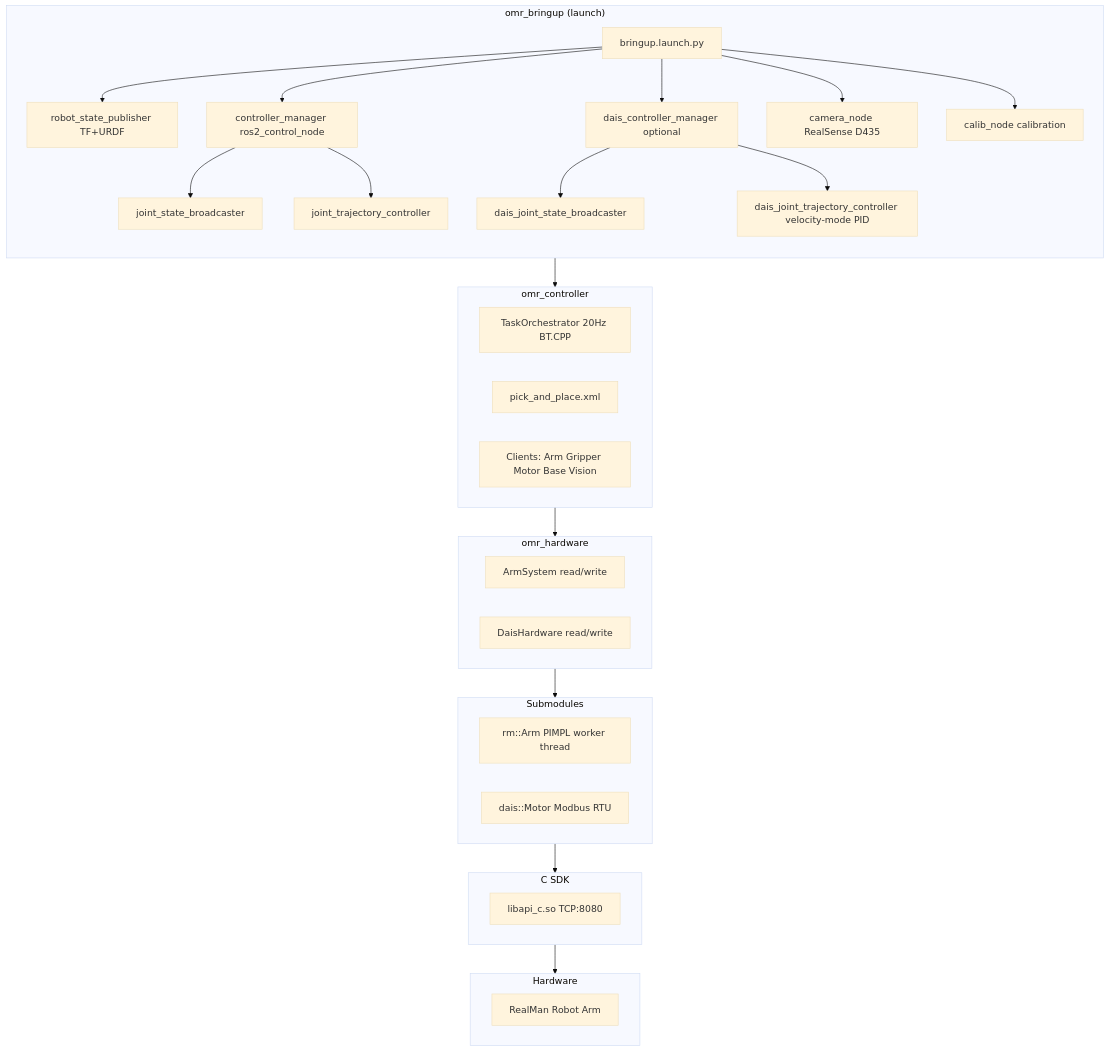
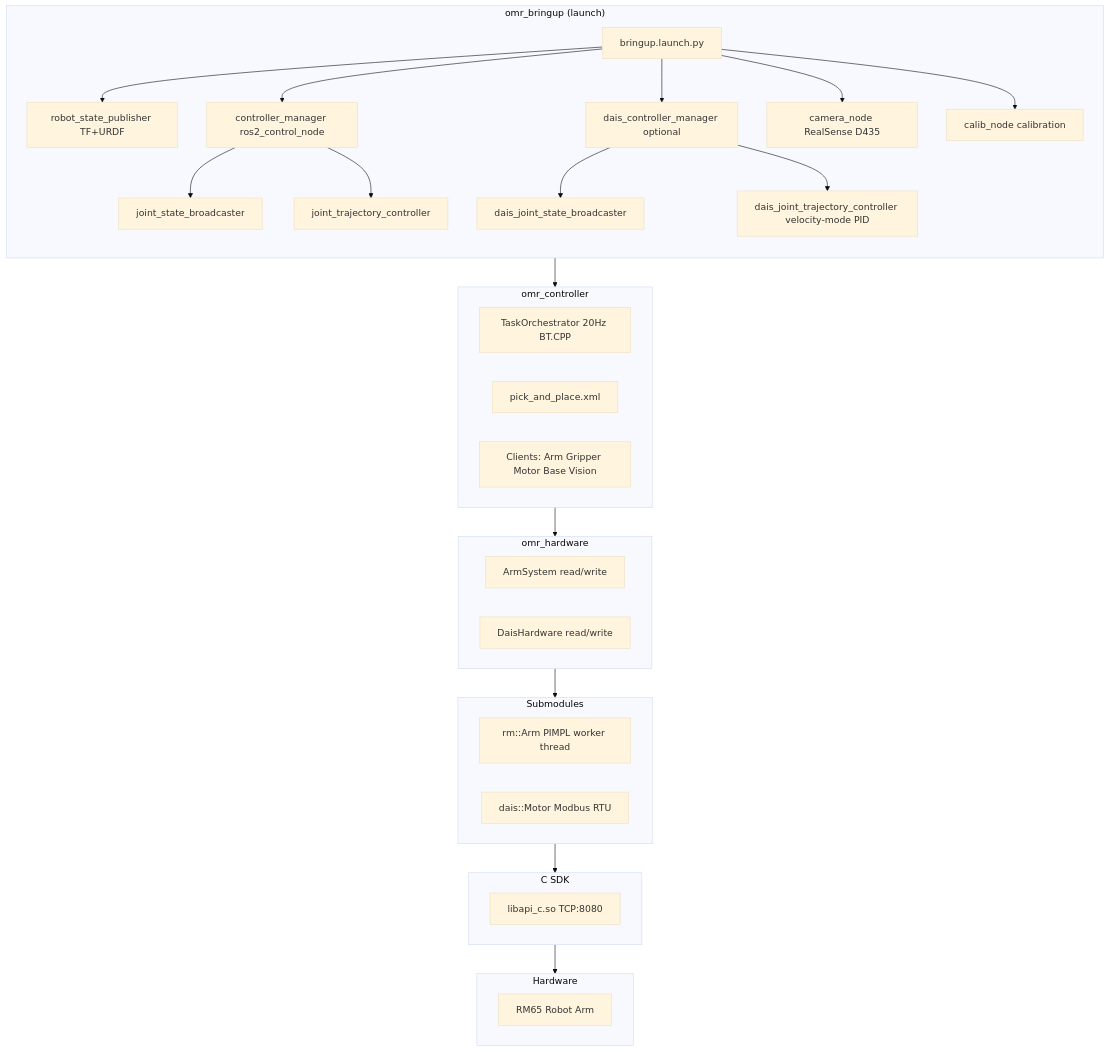
Before and after one commit to sunyuming53-byte/the_first_box: the first of 6 diagrams in docs/ARCHITECTURE_CN.md, drawn with Mermaid (base theme). The commit also changed 22 other files, not shown here.

First line of the commit message:
docs: rebrand project identity from RealMan Robot Arm to OMRobot (#36)

````diff
--- a/docs/ARCHITECTURE_CN.md
+++ b/docs/ARCHITECTURE_CN.md
@@ -19,36 +19,36 @@
 ```mermaid
 graph TD
     subgraph L1["omr_bringup (launch)"]
         direction TB
         bringup["bringup.launch.py"]
         bringup --> rsp["robot_state_publisher TF+URDF"]
         bringup --> cm["controller_manager ros2_control_node"]
         cm --> jsb["joint_state_broadcaster"]
         cm --> jtc["joint_trajectory_controller"]
         bringup --> dcm["dais_controller_manager optional"]
         dcm --> djsb["dais_joint_state_broadcaster"]
         dcm --> djtc["dais_joint_trajectory_controller velocity-mode PID"]
         bringup --> cam["camera_node RealSense D435"]
         bringup --> cal["calib_node calibration"]
     end
     subgraph L2["omr_controller"]
         orch["TaskOrchestrator 20Hz BT.CPP"]
         xml["pick_and_place.xml"]
         cli["Clients: Arm Gripper Motor Base Vision"]
     end
     subgraph L3["omr_hardware"]
         armsys["ArmSystem read/write"]
         daisys["DaisHardware read/write"]
     end
     subgraph L4["Submodules"]
         rm["rm::Arm PIMPL worker thread"]
         dm["dais::Motor Modbus RTU"]
     end
     subgraph L5["C SDK"]
         libsdk["libapi_c.so TCP:8080"]
     end
     subgraph L6["Hardware"]
-        armhw["RealMan Robot Arm"]
+        armhw["RM65 Robot Arm"]
     end
     L1 --> L2 --> L3 --> L4 --> L5 --> L6
 ```
````
